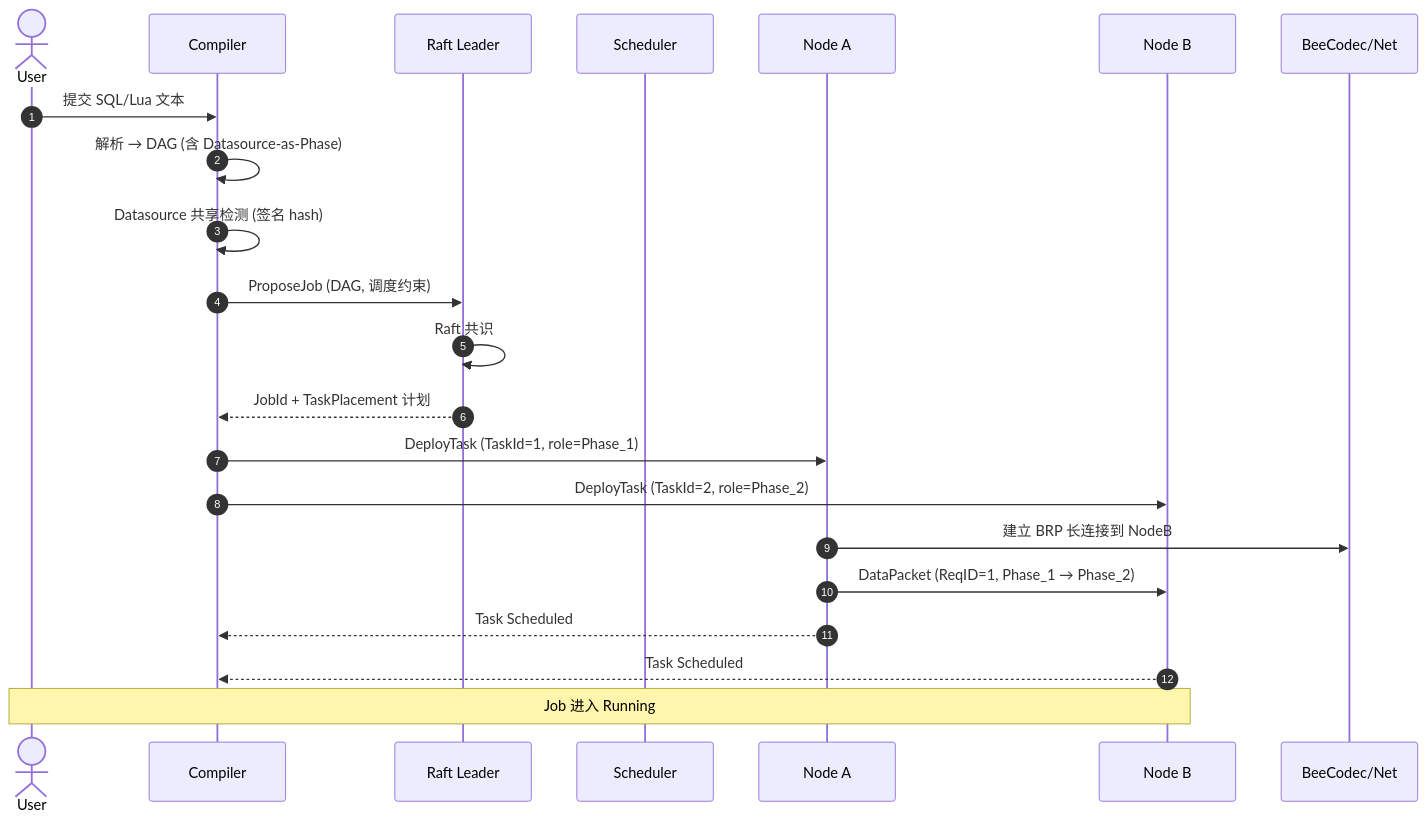
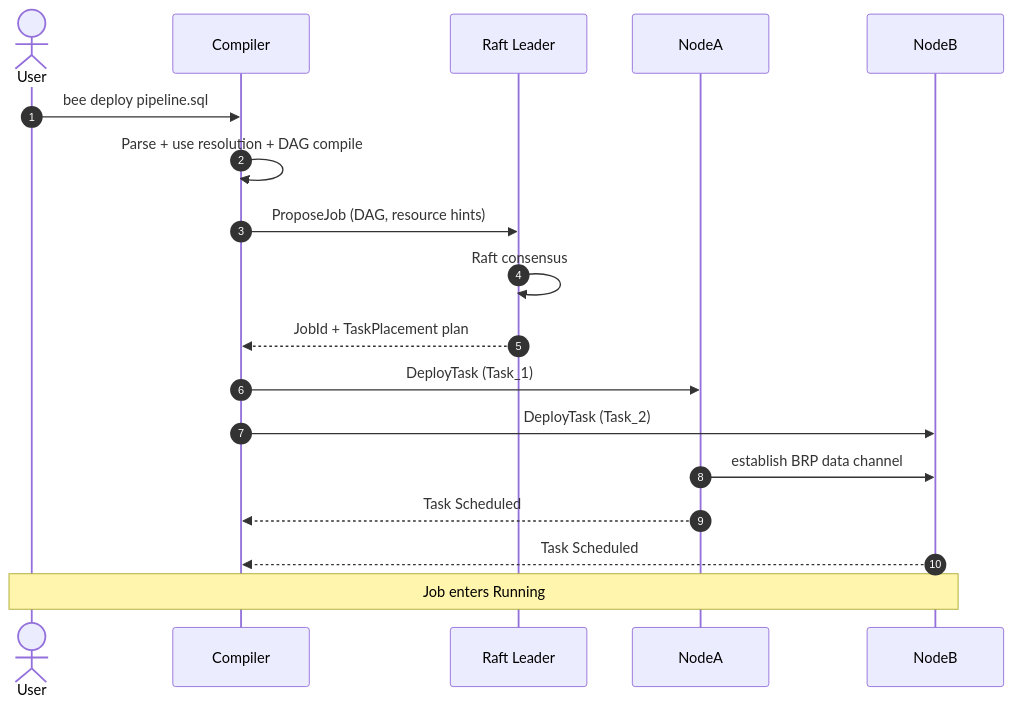
The fourth of 6 diagrams in docs/architecture.md (smitea/bee), drawn with Mermaid before and after one commit. The commit also changed other lines of this file and 21 other files, not shown here.

````diff
--- a/docs/architecture.md
+++ b/docs/architecture.md
@@ -279,25 +339,20 @@
 ```mermaid
 sequenceDiagram
     autonumber
     actor User
     participant Compiler
     participant Leader as Raft Leader
-    participant Scheduler
-    participant NodeA as Node A
-    participant NodeB as Node B
-    participant Codec as BeeCodec/Net
-
-    User->>Compiler: 提交 SQL/Lua 文本
-    Compiler->>Compiler: 解析 → DAG (含 Datasource-as-Phase)
-    Compiler->>Compiler: Datasource 共享检测 (签名 hash)
-    Compiler->>Leader: ProposeJob (DAG, 调度约束)
-    Leader->>Leader: Raft 共识
-    Leader-->>Compiler: JobId + TaskPlacement 计划
-    Compiler->>NodeA: DeployTask (TaskId=1, role=Phase_1)
-    Compiler->>NodeB: DeployTask (TaskId=2, role=Phase_2)
-    NodeA->>Codec: 建立 BRP 长连接到 NodeB
-    NodeA->>NodeB: DataPacket (ReqID=1, Phase_1 → Phase_2)
+    participant NodeA
+    participant NodeB
+    User->>Compiler: bee deploy pipeline.sql
+    Compiler->>Compiler: Parse + use resolution + DAG compile
+    Compiler->>Leader: ProposeJob (DAG, resource hints)
+    Leader->>Leader: Raft consensus
+    Leader-->>Compiler: JobId + TaskPlacement plan
+    Compiler->>NodeA: DeployTask (Task_1)
+    Compiler->>NodeB: DeployTask (Task_2)
+    NodeA->>NodeB: establish BRP data channel
     NodeA-->>Compiler: Task Scheduled
     NodeB-->>Compiler: Task Scheduled
-    Note over User,NodeB: Job 进入 Running
+    Note over User,NodeB: Job enters Running
 ```
````
